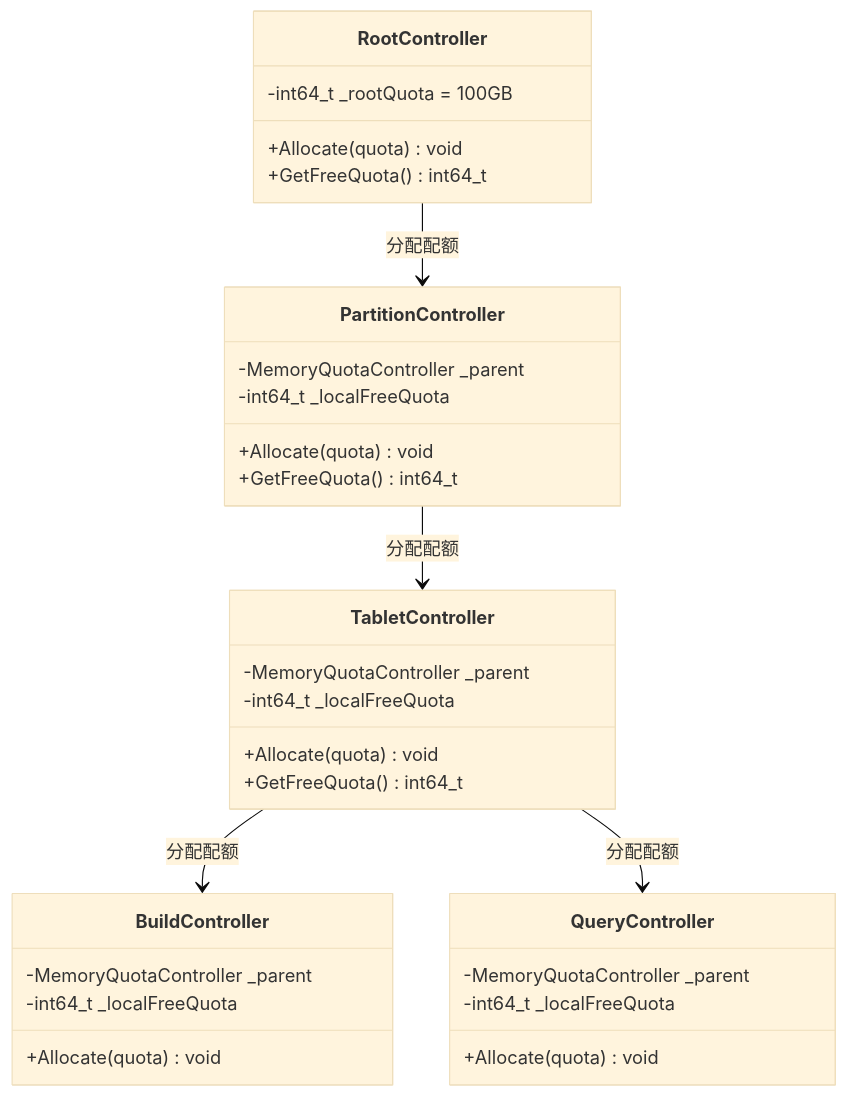
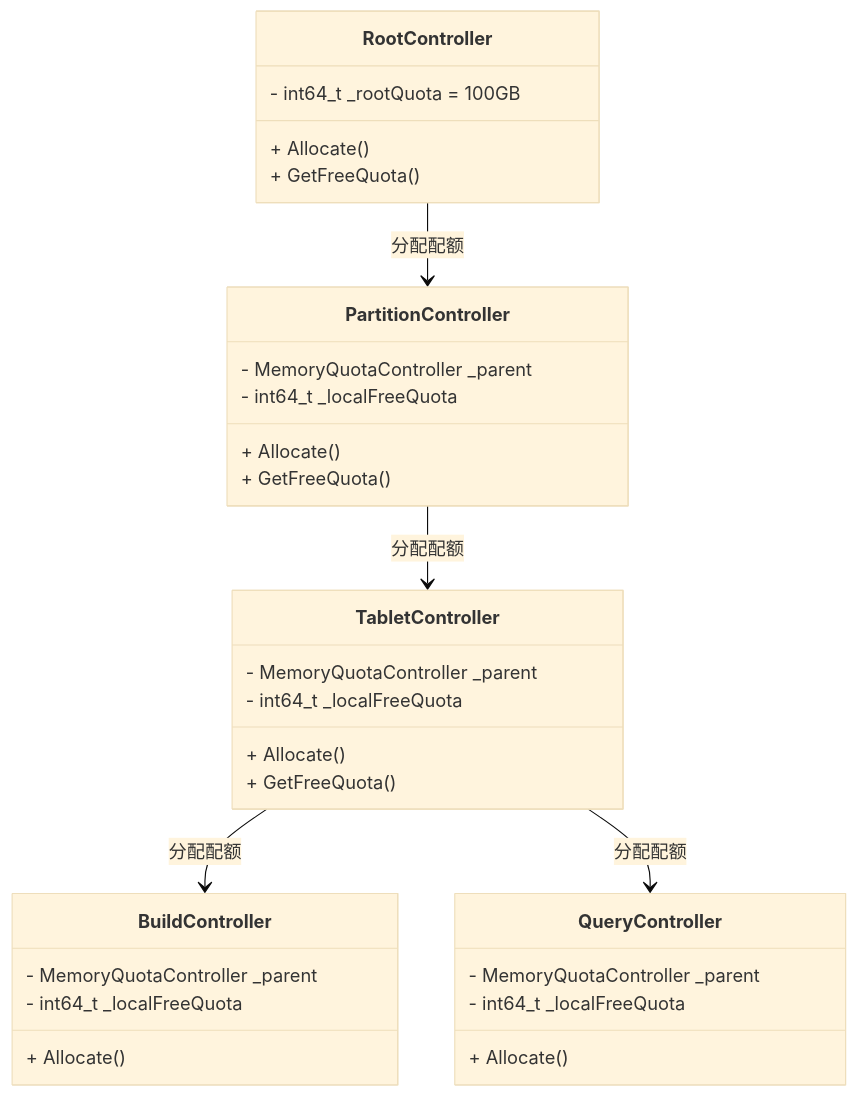
The fourth of 7 diagrams in _posts/2025-07-05-indexlib-7-memory-management.md (zhouzhilong-commits/zhouzhilong-commits.github.io), drawn with Mermaid (base theme) before and after one commit. The commit also changed other lines of this file and 228 other files, not shown here.

````diff
--- a/_posts/2025-07-05-indexlib-7-memory-management.md
+++ b/_posts/2025-07-05-indexlib-7-memory-management.md
@@ -248,39 +248,39 @@
 ```mermaid
 classDiagram
     class RootController {
-        -int64_t _rootQuota = 100GB
-        +Allocate(quota) void
-        +GetFreeQuota() int64_t
+        - int64_t _rootQuota = 100GB
+        + Allocate()
+        + GetFreeQuota()
     }
     
     class PartitionController {
-        -MemoryQuotaController _parent
-        -int64_t _localFreeQuota
-        +Allocate(quota) void
-        +GetFreeQuota() int64_t
+        - MemoryQuotaController _parent
+        - int64_t _localFreeQuota
+        + Allocate()
+        + GetFreeQuota()
     }
     
     class TabletController {
-        -MemoryQuotaController _parent
-        -int64_t _localFreeQuota
-        +Allocate(quota) void
-        +GetFreeQuota() int64_t
+        - MemoryQuotaController _parent
+        - int64_t _localFreeQuota
+        + Allocate()
+        + GetFreeQuota()
     }
     
     class BuildController {
-        -MemoryQuotaController _parent
-        -int64_t _localFreeQuota
-        +Allocate(quota) void
+        - MemoryQuotaController _parent
+        - int64_t _localFreeQuota
+        + Allocate()
     }
     
     class QueryController {
-        -MemoryQuotaController _parent
-        -int64_t _localFreeQuota
-        +Allocate(quota) void
+        - MemoryQuotaController _parent
+        - int64_t _localFreeQuota
+        + Allocate()
     }
     
     RootController --> PartitionController : 分配配额
     PartitionController --> TabletController : 分配配额
     TabletController --> BuildController : 分配配额
     TabletController --> QueryController : 分配配额
 ```
````
